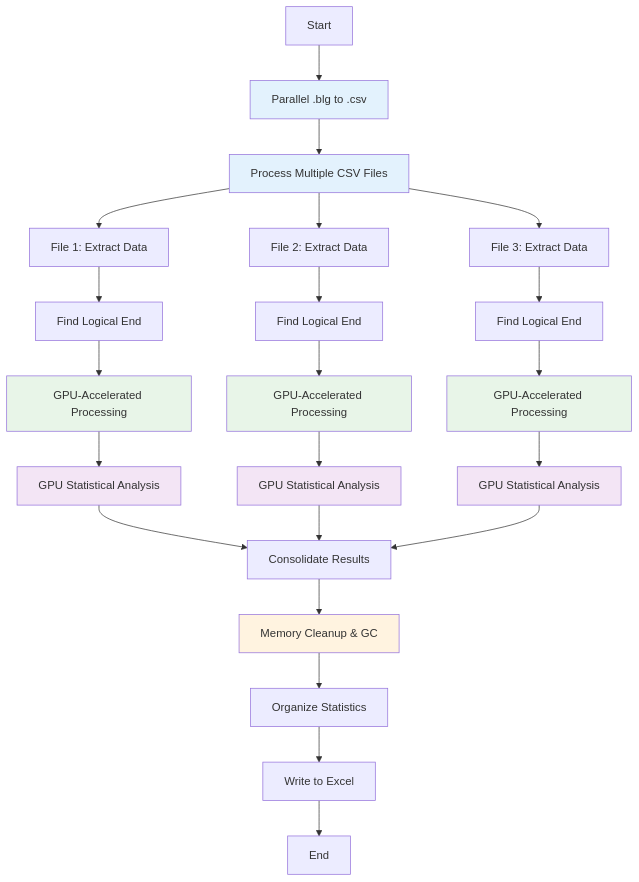
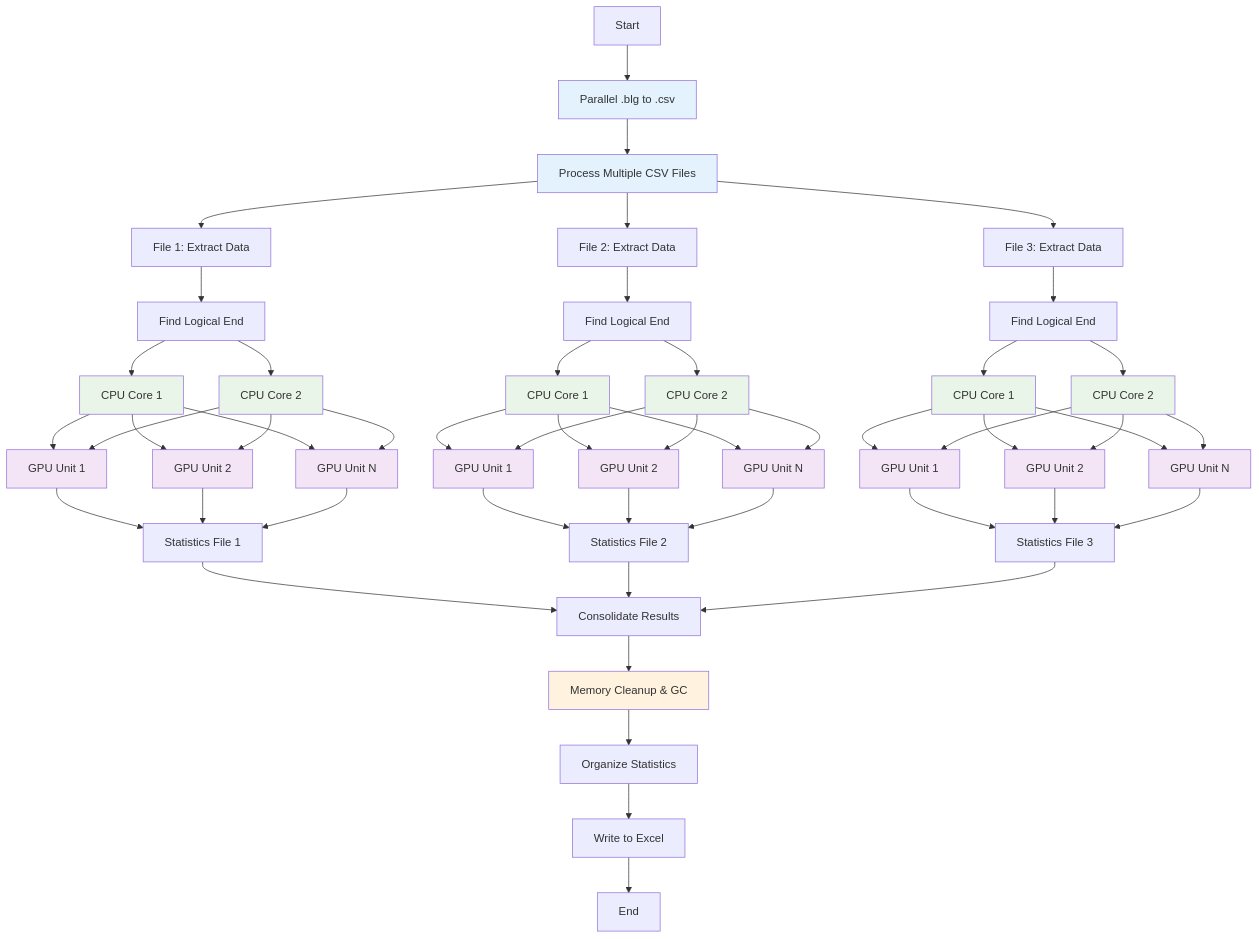
One commit to Mahesh-MSFT/perfmon-analysis changed the third of 3 diagrams in README.md. Above: the diagram before and after it, drawn with Mermaid. The commit also changed other lines of this file, not shown here.

Commit message:
refactor: Enhance flowchart for CPU and GPU processing with detailed core and unit representation

````diff
--- a/README.md
+++ b/README.md
@@ -161,30 +183,73 @@
     D2 --> E2[Find Logical End]
     D3 --> E3[Find Logical End]
     
-    E1 --> F1[GPU-Accelerated Processing]
-    E2 --> F2[GPU-Accelerated Processing]
-    E3 --> F3[GPU-Accelerated Processing]
+    E1 --> F1A[CPU Core 1]
+    E1 --> F1B[CPU Core 2]
     
-    F1 --> G1[GPU Statistical Analysis]
-    F2 --> G2[GPU Statistical Analysis]
-    F3 --> G3[GPU Statistical Analysis]
+    E2 --> F2A[CPU Core 1]
+    E2 --> F2B[CPU Core 2]
     
-    G1 --> H[Consolidate Results]
-    G2 --> H
-    G3 --> H
+    E3 --> F3A[CPU Core 1]
+    E3 --> F3B[CPU Core 2]
     
-    H --> I[Memory Cleanup & GC]
-    I --> J[Organize Statistics]
-    J --> K[Write to Excel]
-    K --> L[End]
+    F1A --> G1A[GPU Unit 1]
+    F1A --> G1B[GPU Unit 2]
+    F1A --> G1C[GPU Unit N]
+    F1B --> G1A
+    F1B --> G1B
+    F1B --> G1C
+    
+    F2A --> G2A[GPU Unit 1]
+    F2A --> G2B[GPU Unit 2]
+    F2A --> G2C[GPU Unit N]
+    F2B --> G2A
+    F2B --> G2B
+    F2B --> G2C
+    
+    F3A --> G3A[GPU Unit 1]
+    F3A --> G3B[GPU Unit 2]
+    F3A --> G3C[GPU Unit N]
+    F3B --> G3A
+    F3B --> G3B
+    F3B --> G3C
+    
+    G1A --> H1[Statistics File 1]
+    G1B --> H1
+    G1C --> H1
+    
+    G2A --> H2[Statistics File 2]
+    G2B --> H2
+    G2C --> H2
+    
+    G3A --> H3[Statistics File 3]
+    G3B --> H3
+    G3C --> H3
+    
+    H1 --> I[Consolidate Results]
+    H2 --> I
+    H3 --> I
+    
+    I --> J[Memory Cleanup & GC]
+    J --> K[Organize Statistics]
+    K --> L[Write to Excel]
+    L --> M[End]
     
     style B fill:#e3f2fd
     style C fill:#e3f2fd
-    style F1 fill:#e8f5e8
-    style F2 fill:#e8f5e8
-    style F3 fill:#e8f5e8
-    style G1 fill:#f3e5f5
-    style G2 fill:#f3e5f5
-    style G3 fill:#f3e5f5
-    style I fill:#fff3e0
+    style F1A fill:#e8f5e8
+    style F1B fill:#e8f5e8
+    style F2A fill:#e8f5e8
+    style F2B fill:#e8f5e8
+    style F3A fill:#e8f5e8
+    style F3B fill:#e8f5e8
+    style G1A fill:#f3e5f5
+    style G1B fill:#f3e5f5
+    style G1C fill:#f3e5f5
+    style G2A fill:#f3e5f5
+    style G2B fill:#f3e5f5
+    style G2C fill:#f3e5f5
+    style G3A fill:#f3e5f5
+    style G3B fill:#f3e5f5
+    style G3C fill:#f3e5f5
+    style J fill:#fff3e0
 ```
````
